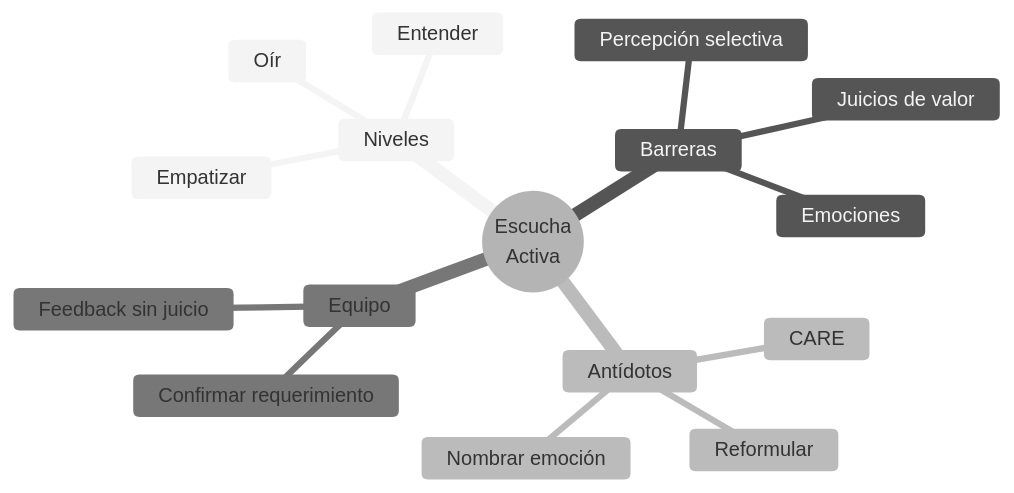
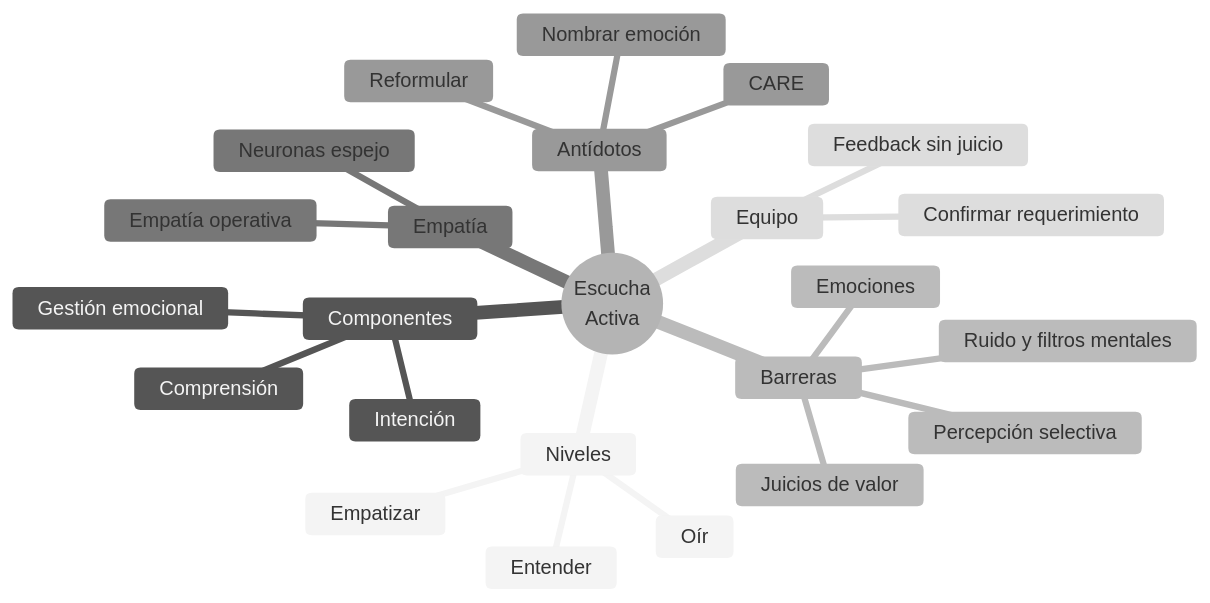
Before and after one commit to Fsteven22/Notas-de-Universidad-Freddy-Sanchez-: the second of 2 diagrams in Universidad/2do Semestre/Comunicación/Unidad 1 - Comunicación efectiva/01 - Escucha activa, empatía y barreras.md, drawn with Mermaid (neutral theme). The commit also changed other lines of this file and 40 other files, not shown here.

````diff
--- a/Universidad/2do Semestre/Comunicación/Unidad 1 - Comunicación efectiva/01 - Escucha activa, empatía y barreras.md
+++ b/Universidad/2do Semestre/Comunicación/Unidad 1 - Comunicación efectiva/01 - Escucha activa, empatía y barreras.md
@@ -243,19 +404,27 @@
 ```mermaid
 mindmap
   root((Escucha<br/>Activa))
     Niveles
       Oír
       Entender
       Empatizar
+    Componentes
+      Comprensión
+      Intención
+      Gestión emocional
     Barreras
       Percepción selectiva
       Juicios de valor
       Emociones
+      Ruido y filtros mentales
+    Empatía
+      Neuronas espejo
+      Empatía operativa
     Antídotos
       CARE
       Reformular
       Nombrar emoción
     Equipo
       Confirmar requerimiento
       Feedback sin juicio
 ```
````
